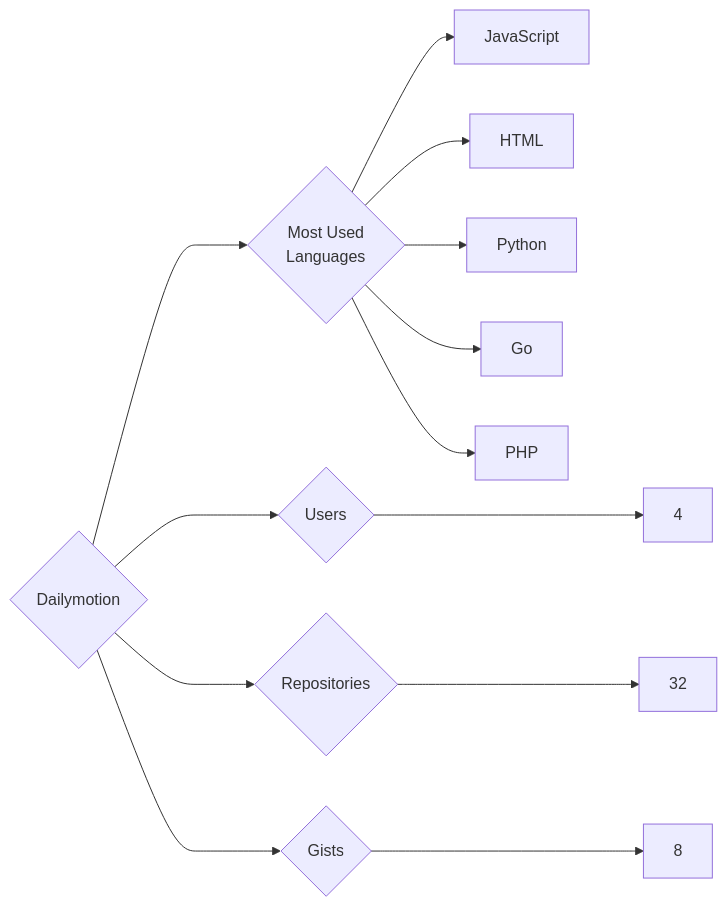
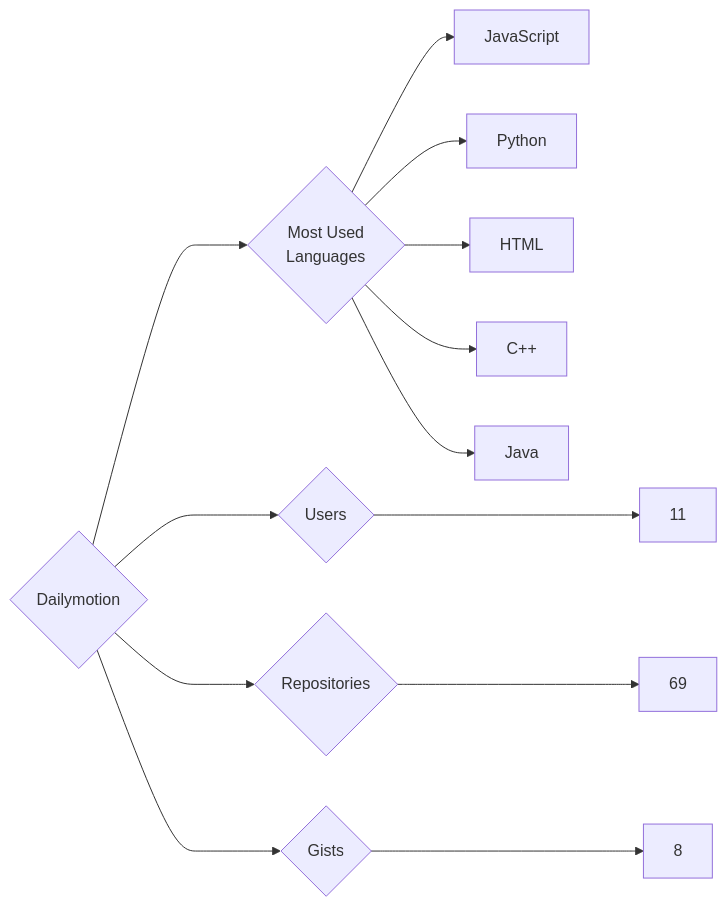
One commit to trickest/insiders changed the diagram in targets/Dailymotion/README.md. Above: the diagram before and after it, drawn with Mermaid. The commit also changed 545 other files, not shown here.

````diff
--- a/targets/Dailymotion/README.md
+++ b/targets/Dailymotion/README.md
@@ -3,13 +3,13 @@
 ```mermaid
 graph LR
 COMPANY_NAME{Dailymotion}
-COMPANY_NAME ---> U{Users} ---> UN[4]
-COMPANY_NAME ---> R{Repositories} ---> RN[32]
+COMPANY_NAME ---> U{Users} ---> UN[11]
+COMPANY_NAME ---> R{Repositories} ---> RN[69]
 COMPANY_NAME ---> G{Gists} ---> GN[8]
 COMPANY_NAME ---> ML{Most Used<br>Languages}
 ML --> JavaScript[JavaScript]
+ML --> Python[Python]
 ML --> HTML[HTML]
-ML --> Python[Python]
-ML --> Go[Go]
-ML --> PHP[PHP]
+ML --> C++[C++]
+ML --> Java[Java]
 ```
````
